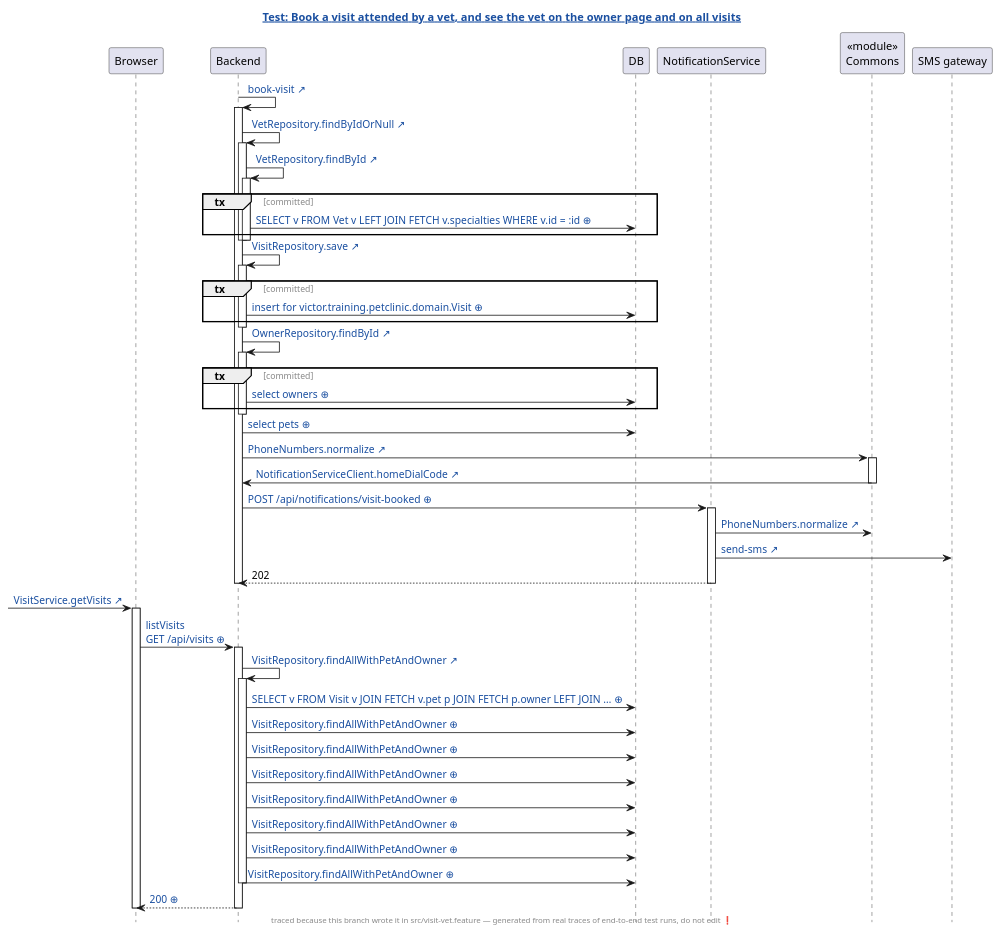
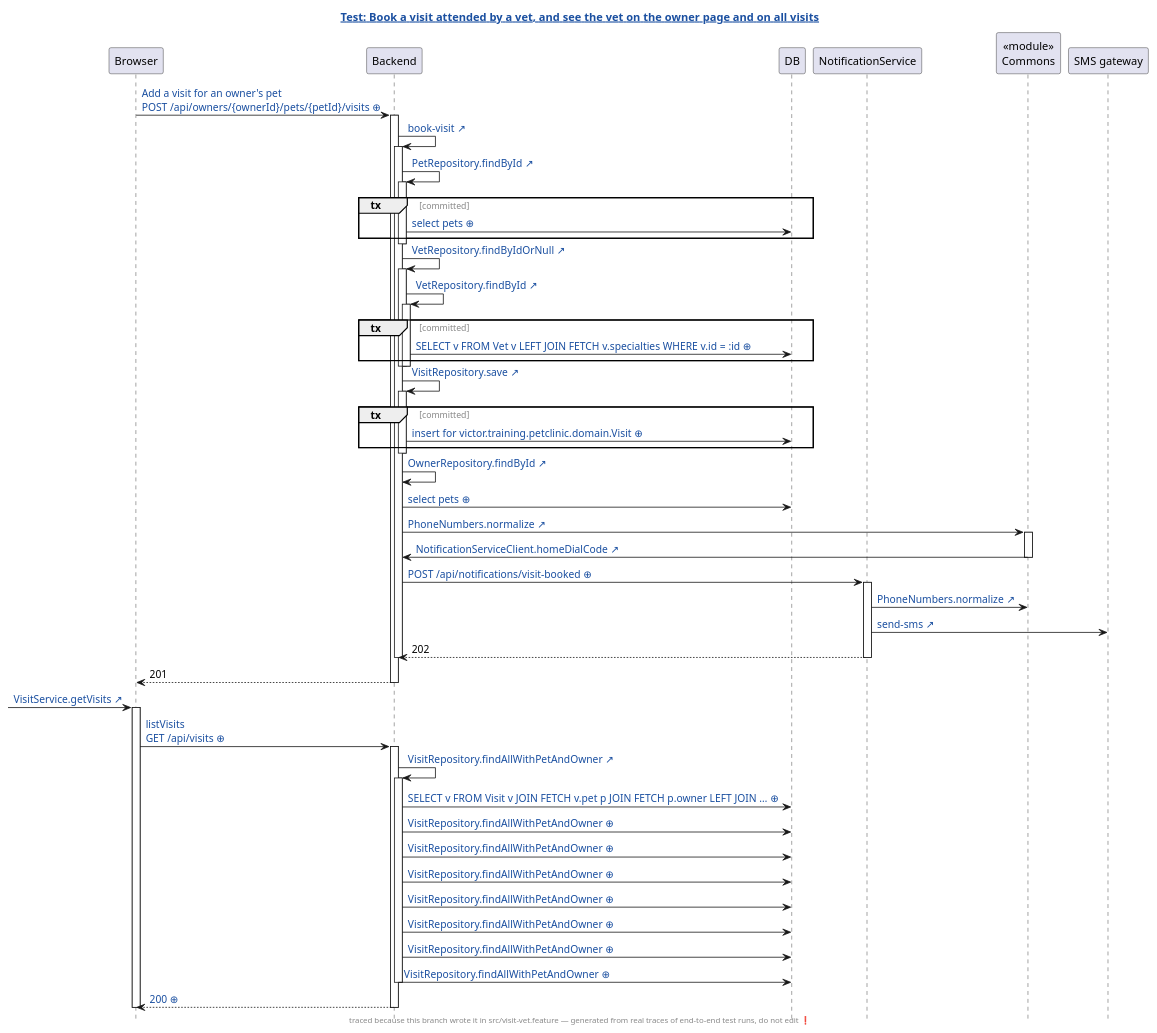
One commit to victorrentea/human-review changed the diagram in demo/demo/assets/genseq/petclinic-test/generated/visit-vet.feature.book-a-visit-attended-by-a-vet-and-see-the-vet-on-the-owner-page-and-on-all-visits.genseq.puml. Above: the diagram before and after it, drawn with PlantUML. The commit also changed 100 other files, not shown here.

```diff
--- a/demo/demo/assets/genseq/petclinic-test/generated/visit-vet.feature.book-a-visit-attended-by-a-vet-and-see-the-vet-on-the-owner-page-and-on-all-visits.genseq.puml
+++ b/demo/demo/assets/genseq/petclinic-test/generated/visit-vet.feature.book-a-visit-attended-by-a-vet-and-see-the-vet-on-the-owner-page-and-on-all-visits.genseq.puml
@@ -1,69 +1,74 @@
 @startuml
 ' ⚠️  GENERATED FILE — DO NOT EDIT. Every edit is lost on the next run.
 hide footbox
 skinparam hyperlinkUnderline false
 skinparam hyperlinkColor #1A4FA0
 skinparam sequenceGroupFontColor #888888
 skinparam sequenceGroupFontStyle plain
 title [[src://petclinic-test/src/visit-vet.feature:11{Click to open the test} Test: Book a visit attended by a vet, and see the vet on the owner page and on all visits]]
 footer traced because this branch wrote it in src/visit-vet.feature — generated from real traces of end-to-end test runs, do not edit ❗
 participant Browser
 participant Backend
 participant DB
 participant NotificationService
 participant "«module»\nCommons" as Commons
 participant "SMS gateway"
+Browser -> Backend: [[genseq://0jegc7z{Click for the request as it was sent} Add a visit for an owner's pet\nPOST /api/owners/{ownerId}/pets/{petId}/visits ⊕]]
+activate Backend
 Backend -> Backend: [[src://petclinic-backend/src/main/java/victor/training/petclinic/rest/OwnerRestController.java:193{Click to open OwnerRestController.bookVisit} book-visit ↗]]
 activate Backend
+Backend -> Backend: [[src://petclinic-backend/src/main/java/victor/training/petclinic/repository/PetRepository.java:16{Click to open PetRepository.findById} PetRepository.findById ↗]]
+activate Backend
+group tx [committed]
+Backend -> DB: [[genseq://0y7w2ps{Click for the statement behind this call} select pets ⊕]]
+end
+deactivate Backend
 Backend -> Backend: [[src://petclinic-backend/src/main/java/victor/training/petclinic/repository/VetRepository.java:19{Click to open VetRepository.findByIdOrNull} VetRepository.findByIdOrNull ↗]]
 activate Backend
 Backend -> Backend: [[src://petclinic-backend/src/main/java/victor/training/petclinic/repository/VetRepository.java:16{Click to open VetRepository.findById} VetRepository.findById ↗]]
 activate Backend
 group tx [committed]
 Backend -> DB: [[genseq://0zykq1t{Click for the statement behind this call} SELECT v FROM Vet v LEFT JOIN FETCH v.specialties WHERE v.id = :id ⊕]]
 end
 deactivate Backend
 deactivate Backend
 Backend -> Backend: [[src://petclinic-backend/src/main/java/victor/training/petclinic/repository/VisitRepository.java:14{Click to open VisitRepository.save} VisitRepository.save ↗]]
 activate Backend
 group tx [committed]
-Backend -> DB: [[genseq://1f03izd{Click for the statement behind this call} insert for victor.training.petclinic.domain.Visit ⊕]]
+Backend -> DB: [[genseq://1cbkgdl{Click for the statement behind this call} insert for victor.training.petclinic.domain.Visit ⊕]]
 end
 deactivate Backend
 Backend -> Backend: [[src://petclinic-backend/src/main/java/victor/training/petclinic/repository/OwnerRepository.java:14{Click to open OwnerRepository.findById} OwnerRepository.findById ↗]]
-activate Backend
-group tx [committed]
-Backend -> DB: [[genseq://0x8aana{Click for the statement behind this call} select owners ⊕]]
-end
-deactivate Backend
 Backend -> DB: [[genseq://18567ho{Click for the statement behind this call} select pets ⊕]]
 Backend -> Commons: [[src://petclinic-commons/src/main/java/victor/training/commons/PhoneNumbers.java:14{Click to open PhoneNumbers.normalize} PhoneNumbers.normalize ↗]]
 activate Commons
 Commons -> Backend: [[src://petclinic-backend/src/main/java/victor/training/petclinic/notification/NotificationServiceClient.java:45{Click to open NotificationServiceClient.homeDialCode} NotificationServiceClient.homeDialCode ↗]]
 deactivate Commons
 Backend -> NotificationService: [[genseq://00gfug0{Click for the request as it was sent} POST /api/notifications/visit-booked ⊕]]
 activate NotificationService
 NotificationService -> Commons: [[src://petclinic-commons/src/main/java/victor/training/commons/PhoneNumbers.java:8{Click to open PhoneNumbers.normalize} PhoneNumbers.normalize ↗]]
 NotificationService -> "SMS gateway": [[src://notification-service/src/main/java/victor/training/notification/SmsGateway.java:23{Click to open SmsGateway.send} send-sms ↗]]
 NotificationService --> Backend: 202
 deactivate NotificationService
 deactivate Backend
+Backend --> Browser: 201
+deactivate Backend
 [-> Browser: [[src://petclinic-frontend/src/app/visits/visits-page/visits-page.component.ts:21{Click to open the line that sent this request: visits-page.component.ts:21} VisitService.getVisits ↗]]
 activate Browser
-Browser -> Backend: [[genseq://1myr631{Click for the request as it was sent} listVisits\nGET /api/visits ⊕]]
+Browser -> Backend: [[genseq://14r2h25{Click for the request as it was sent} listVisits\nGET /api/visits ⊕]]
 activate Backend
 Backend -> Backend: [[src://petclinic-backend/src/main/java/victor/training/petclinic/repository/VisitRepository.java:19{Click to open VisitRepository.findAllWithPetAndOwner} VisitRepository.findAllWithPetAndOwner ↗]]
 activate Backend
-Backend -> DB: [[genseq://1706k1o{Click for the statement behind this call} SELECT v FROM Visit v JOIN FETCH v.pet p JOIN FETCH p.owner LEFT JOIN … ⊕]]
+Backend -> DB: [[genseq://17if9wv{Click for the statement behind this call} SELECT v FROM Visit v JOIN FETCH v.pet p JOIN FETCH p.owner LEFT JOIN … ⊕]]
+Backend -> DB: [[genseq://0xm9qzg{Click for the statement behind this call} VisitRepository.findAllWithPetAndOwner ⊕]]
+Backend -> DB: [[genseq://0g8ptx2{Click for the statement behind this call} VisitRepository.findAllWithPetAndOwner ⊕]]
+Backend -> DB: [[genseq://070fg5f{Click for the statement behind this call} VisitRepository.findAllWithPetAndOwner ⊕]]
 Backend -> DB: [[genseq://0cvbten{Click for the statement behind this call} VisitRepository.findAllWithPetAndOwner ⊕]]
-Backend -> DB: [[genseq://0xm9qzg{Click for the statement behind this call} VisitRepository.findAllWithPetAndOwner ⊕]]
-Backend -> DB: [[genseq://070fg5f{Click for the statement behind this call} VisitRepository.findAllWithPetAndOwner ⊕]]
+Backend -> DB: [[genseq://0i1m34t{Click for the statement behind this call} VisitRepository.findAllWithPetAndOwner ⊕]]
 Backend -> DB: [[genseq://1heb9yw{Click for the statement behind this call} VisitRepository.findAllWithPetAndOwner ⊕]]
-Backend -> DB: [[genseq://0g8ptx2{Click for the statement behind this call} VisitRepository.findAllWithPetAndOwner ⊕]]
-Backend -> DB: [[genseq://0i1m34t{Click for the statement behind this call} VisitRepository.findAllWithPetAndOwner ⊕]]
 Backend -> DB: [[genseq://094wceq{Click for the statement behind this call} VisitRepository.findAllWithPetAndOwner ⊕]]
 deactivate Backend
-Backend --> Browser: [[genseq://0p8wewa{Click for this call’s JSON body} 200 ⊕]]
+Backend --> Browser: [[genseq://04zd8u3{Click for this call’s JSON body} 200 ⊕]]
 deactivate Backend
 deactivate Browser
 @enduml
```
